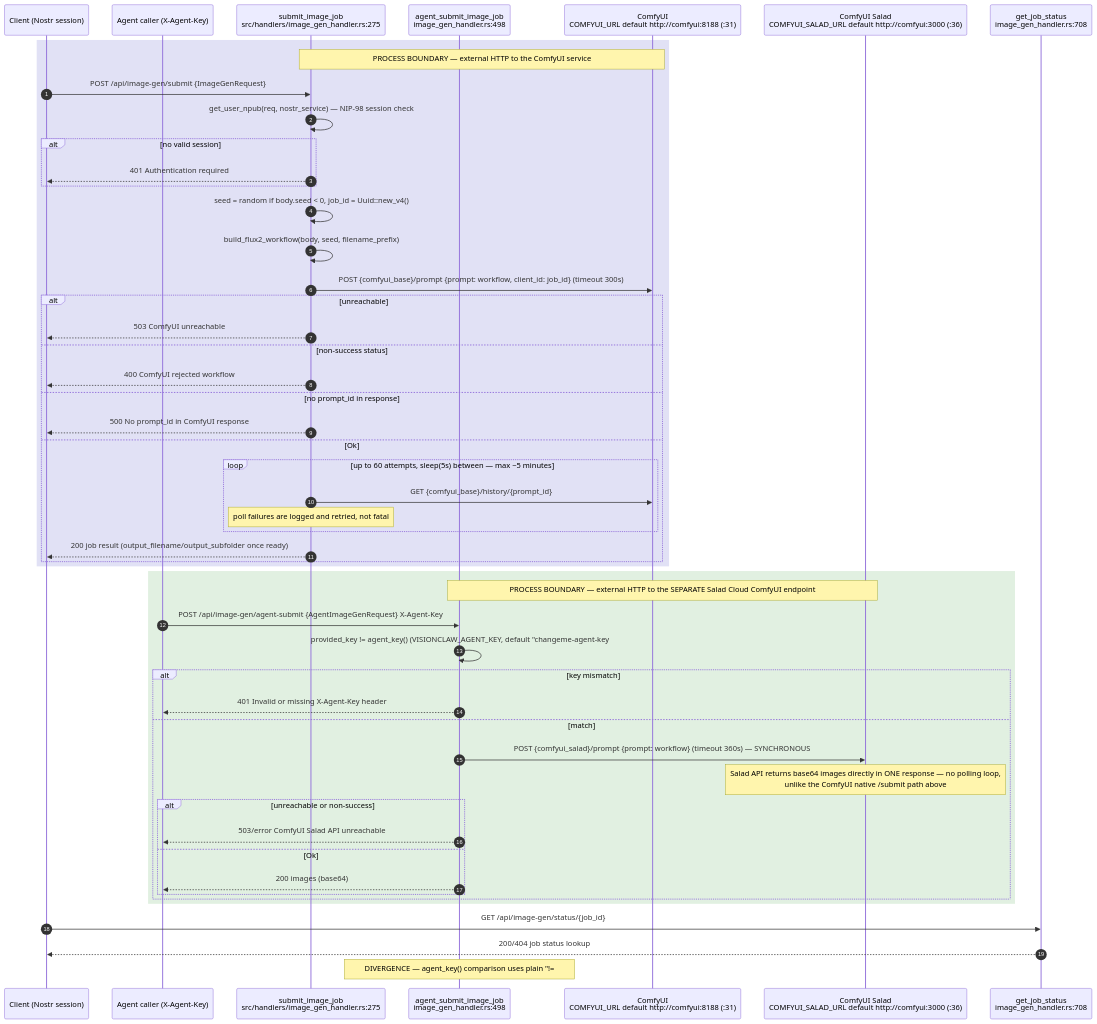
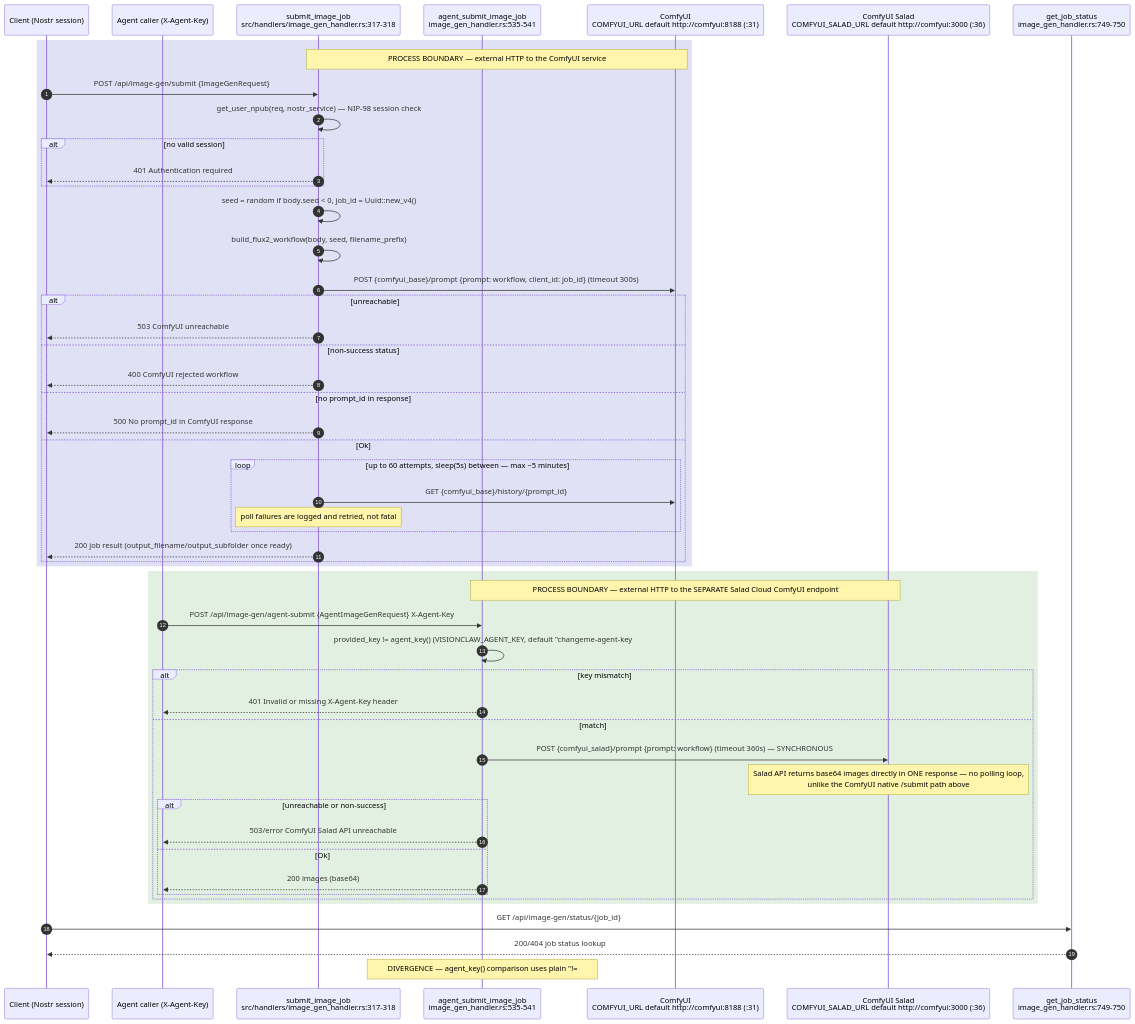
One commit to DreamLab-AI/AR-AI-Knowledge-Graph changed diagram 26 of 29 in docs/diagrams/visionclaw/04-handlers-graph-and-state.md. Above: the diagram before and after it, drawn with Mermaid. The commit also changed other lines of this file and 36 other files, not shown here.

````diff
--- a/docs/diagrams/visionclaw/04-handlers-graph-and-state.md
+++ b/docs/diagrams/visionclaw/04-handlers-graph-and-state.md
@@ -1111,55 +1111,55 @@
 ```mermaid
 sequenceDiagram
     autonumber
     participant C as Client (Nostr session)
     participant A as Agent caller (X-Agent-Key)
-    participant SJ as submit_image_job<br/>src/handlers/image_gen_handler.rs:275
-    participant AJ as agent_submit_image_job<br/>image_gen_handler.rs:498
+    participant SJ as submit_image_job<br/>src/handlers/image_gen_handler.rs:317-318
+    participant AJ as agent_submit_image_job<br/>image_gen_handler.rs:535-541
     participant CU as ComfyUI<br/>COMFYUI_URL default http://comfyui:8188 (:31)
     participant SA as ComfyUI Salad<br/>COMFYUI_SALAD_URL default http://comfyui:3000 (:36)
-    participant GJ as get_job_status<br/>image_gen_handler.rs:708
+    participant GJ as get_job_status<br/>image_gen_handler.rs:749-750
 
     rect rgb(225,225,245)
     Note over SJ,CU: PROCESS BOUNDARY — external HTTP to the ComfyUI service
     C->>SJ: POST /api/image-gen/submit {ImageGenRequest}
     SJ->>SJ: get_user_npub(req, nostr_service) — NIP-98 session check
     alt no valid session
         SJ-->>C: 401 Authentication required
     end
     SJ->>SJ: seed = random if body.seed < 0, job_id = Uuid::new_v4()
     SJ->>SJ: build_flux2_workflow(body, seed, filename_prefix)
     SJ->>CU: POST {comfyui_base}/prompt {prompt: workflow, client_id: job_id} (timeout 300s)
     alt unreachable
         SJ-->>C: 503 ComfyUI unreachable
     else non-success status
         SJ-->>C: 400 ComfyUI rejected workflow
     else no prompt_id in response
         SJ-->>C: 500 No prompt_id in ComfyUI response
     else Ok
         loop up to 60 attempts, sleep(5s) between — max ~5 minutes
             SJ->>CU: GET {comfyui_base}/history/{prompt_id}
             Note over SJ: poll failures are logged and retried, not fatal
         end
         SJ-->>C: 200 job result (output_filename/output_subfolder once ready)
     end
     end
     rect rgb(225,240,225)
     Note over AJ,SA: PROCESS BOUNDARY — external HTTP to the SEPARATE Salad Cloud ComfyUI endpoint
     A->>AJ: POST /api/image-gen/agent-submit {AgentImageGenRequest} X-Agent-Key
     AJ->>AJ: provided_key != agent_key() (VISIONCLAW_AGENT_KEY, default #quot;changeme-agent-key#quot :46)
     alt key mismatch
         AJ-->>A: 401 Invalid or missing X-Agent-Key header
     else match
         AJ->>SA: POST {comfyui_salad}/prompt {prompt: workflow} (timeout 360s) — SYNCHRONOUS
         Note over SA: Salad API returns base64 images directly in ONE response — no polling loop,<br/>unlike the ComfyUI native /submit path above
         alt unreachable or non-success
             AJ-->>A: 503/error ComfyUI Salad API unreachable
         else Ok
             AJ-->>A: 200 images (base64)
         end
     end
     end
     C->>GJ: GET /api/image-gen/status/{job_id}
     GJ-->>C: 200/404 job status lookup
     Note over AJ: DIVERGENCE — agent_key() comparison uses plain #quot;!=#quot (image_gen_handler.rs:508),<br/>NOT the constant_time_eq used by canary_write_authorised (VC-04.17) — same<br/>X-Agent-Key credential CONCEPT, two different comparison postures in one commit.<br/>Also unlike canary, an unset VISIONCLAW_AGENT_KEY here fails OPEN to a hardcoded<br/>default string rather than failing closed
 ```
````
